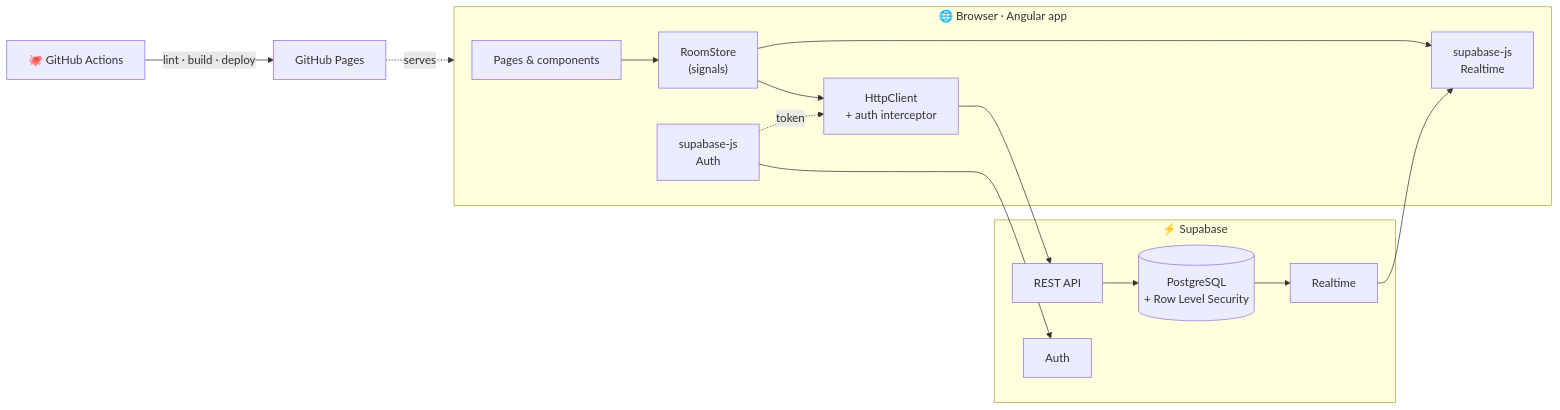
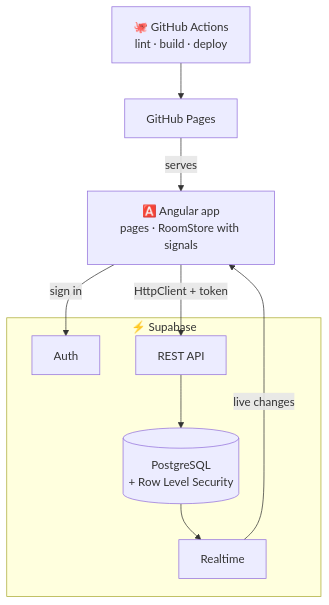
The diagram in README.md (PauloDuarteOliveira/whoami), drawn with Mermaid before and after one commit. The commit also changed other lines of this file and 2 other files, not shown here.

Commit message:
docs: add the Board to the README and make the diagram readable

````diff
--- a/README.md
+++ b/README.md
@@ -142,19 +147,13 @@
 ```mermaid
-flowchart LR
-    subgraph Browser["🌐 Browser · Angular app"]
-        UI["Pages & components"] --> Store["RoomStore<br/>(signals)"]
-        Store --> Http["HttpClient<br/>+ auth interceptor"]
-        Store --> RT["supabase-js<br/>Realtime"]
-        Auth["supabase-js<br/>Auth"] -.token.-> Http
-    end
+flowchart TB
+    GH["🐙 GitHub Actions<br/>lint · build · deploy"] --> Pages["GitHub Pages"]
+    Pages -- serves --> App["🅰️ Angular app<br/>pages · RoomStore with signals"]
+    App -- "sign in" --> Auth
+    App -- "HttpClient + token" --> REST
+    Live -- "live changes" --> App
     subgraph Supabase["⚡ Supabase"]
+        Auth["Auth"]
         REST["REST API"] --> DB[("PostgreSQL<br/>+ Row Level Security")]
         DB --> Live["Realtime"]
-        GoTrue["Auth"]
     end
-    Http --> REST
-    Live --> RT
-    Auth --> GoTrue
-    GH["🐙 GitHub Actions"] -- "lint · build · deploy" --> Pages["GitHub Pages"]
-    Pages -. serves .-> Browser
 ```
````
